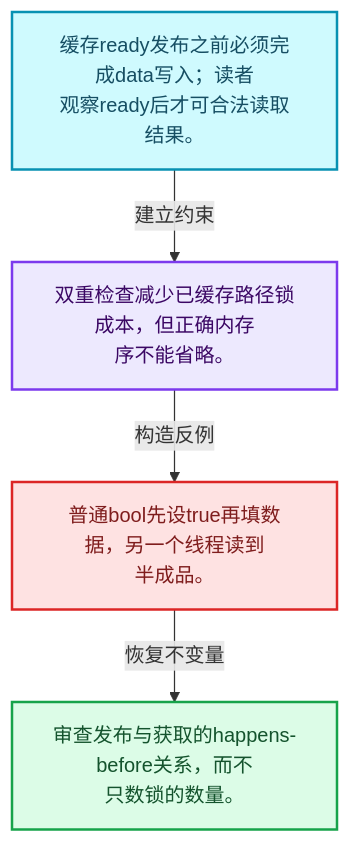
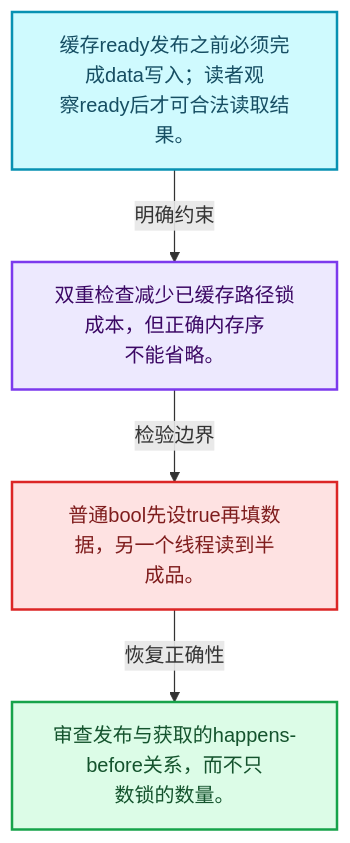
Before and after one commit to yunkezengren/blender-.vscode: the first of 4 diagrams in 杂/markdown/全面学习-codex/06-隐式共享与缓存系统/06-CacheMutex惰性初始化.md, drawn with Mermaid. The commit also changed other lines of this file and 1930 other files, not shown here.

````diff
--- a/杂/markdown/全面学习-codex/06-隐式共享与缓存系统/06-CacheMutex惰性初始化.md
+++ b/杂/markdown/全面学习-codex/06-隐式共享与缓存系统/06-CacheMutex惰性初始化.md
@@ -29,16 +29,16 @@
 ```mermaid
 flowchart TB
-  M["缓存ready发布之前必须完成data写入；读者<br/>观察ready后才可合法读取结果。"]:::data
-  T["双重检查减少已缓存路径锁成本，但正确内存<br/>序不能省略。"]:::abstraction
-  X["普通bool先设true再填数据，另一个线程读到<br/>半成品。"]:::error
-  A["审查发布与获取的happens-before关系，而不<br/>只数锁的数量。"]:::result
-  M -->|"建立约束"| T
-  T -->|"构造反例"| X
-  X -->|"恢复不变量"| A
+  M["缓存ready发布之前必须完成data写入；读者观<br/>察ready后才可合法读取结果。"]:::data
+  C["双重检查减少已缓存路径锁成本，但正确内存序<br/>不能省略。"]:::abstraction
+  B["普通bool先设true再填数据，另一个线程读到半<br/>成品。"]:::error
+  R["审查发布与获取的happens-before关系，而不只<br/>数锁的数量。"]:::result
+  M -->|"明确约束"| C
+  C -->|"检验边界"| B
+  B -->|"恢复正确性"| R
   classDef input fill:#DBEAFE,stroke:#2563EB,color:#172554,stroke-width:2px;
   classDef data fill:#CFFAFE,stroke:#0891B2,color:#164E63,stroke-width:2px;
   classDef abstraction fill:#EDE9FE,stroke:#7C3AED,color:#3B0764,stroke-width:2px;
   classDef compute fill:#FEF3C7,stroke:#D97706,color:#78350F,stroke-width:2px;
   classDef result fill:#DCFCE7,stroke:#16A34A,color:#14532D,stroke-width:2px;
   classDef error fill:#FEE2E2,stroke:#DC2626,color:#7F1D1D,stroke-width:2px;
 ```
````
